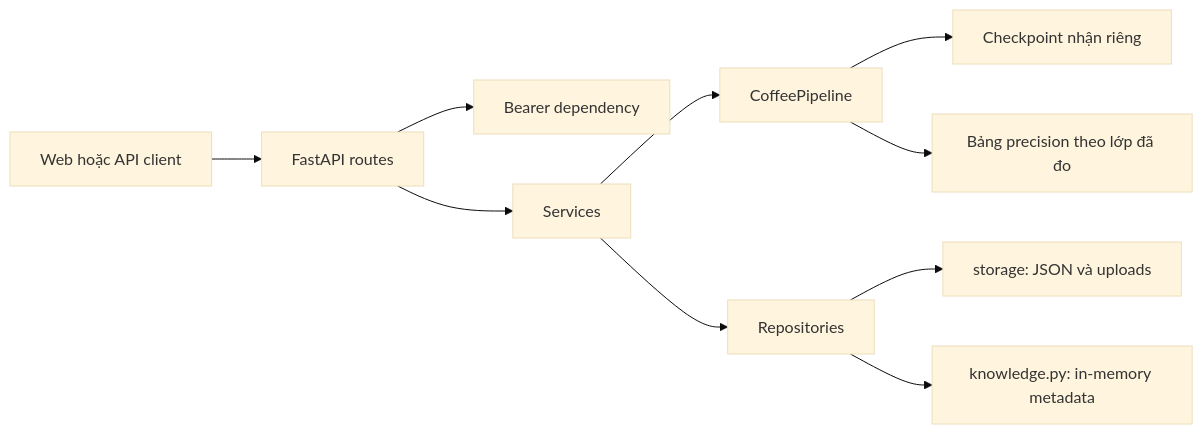
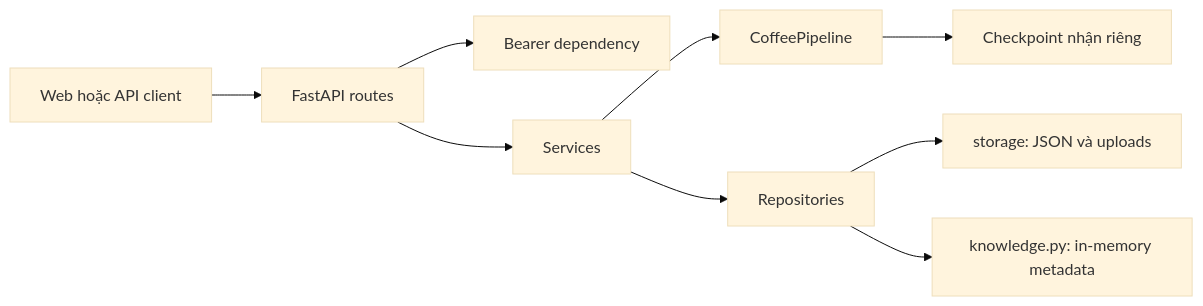
The diagram in docs/architecture.md (VKUNeMo/cafe-application), drawn with Mermaid (base theme) before and after one commit. The commit also changed other lines of this file and 26 other files, not shown here.

````diff
--- a/docs/architecture.md
+++ b/docs/architecture.md
@@ -3,12 +3,11 @@
 ```mermaid
 flowchart LR
     Client[Web hoặc API client] --> Routes[FastAPI routes]
     Routes --> Auth[Bearer dependency]
     Routes --> Services[Services]
     Services --> Inference[CoffeePipeline]
     Services --> Repositories[Repositories]
     Inference --> Models[Checkpoint nhận riêng]
-    Inference --> Precision[Bảng precision theo lớp đã đo]
     Repositories --> Storage[storage: JSON và uploads]
     Repositories --> Knowledge[knowledge.py: in-memory metadata]
 ```
````
